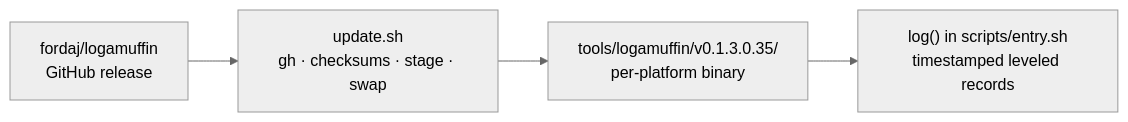
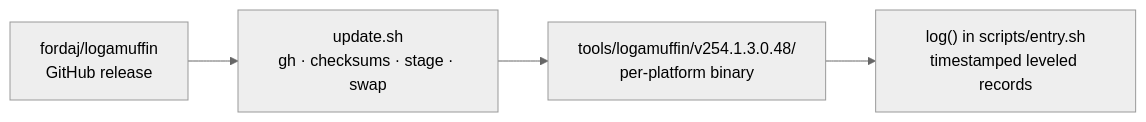
One commit to fordaj/formattington changed the diagram in tools/logamuffin/update.sh.md. Above: the diagram before and after it, drawn with Mermaid (neutral theme). The commit also changed other lines of this file and 124 other files, not shown here.

````diff
--- a/tools/logamuffin/update.sh.md
+++ b/tools/logamuffin/update.sh.md
@@ -3,7 +3,7 @@
 ```mermaid
 flowchart LR
     Gh["fordaj/logamuffin<br/>GitHub release"] --> Upd["update.sh<br/>gh · checksums · stage · swap"]
-    Upd --> Dir["tools/logamuffin/v0.1.3.0.35/<br/>per-platform binary"]
+    Upd --> Dir["tools/logamuffin/v254.1.3.0.48/<br/>per-platform binary"]
     Dir --> Log["log() in scripts/entry.sh<br/>timestamped leveled records"]
     click Log href "../../scripts/entry.sh.md"
 ```
````
